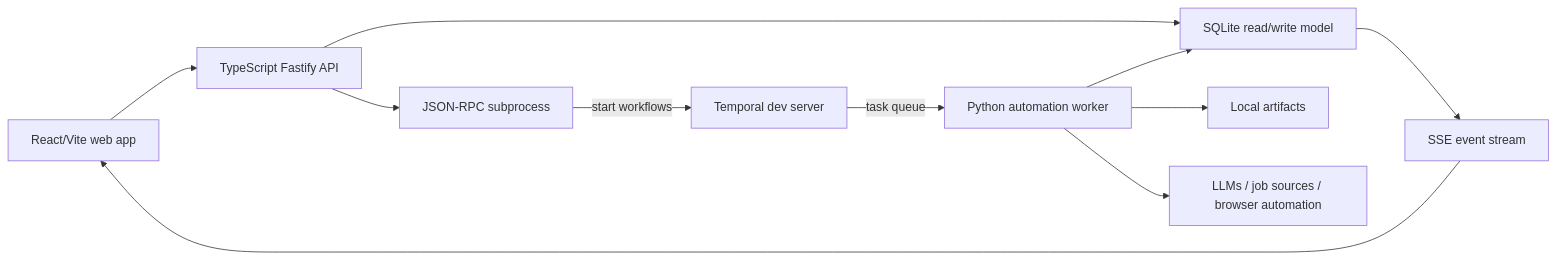
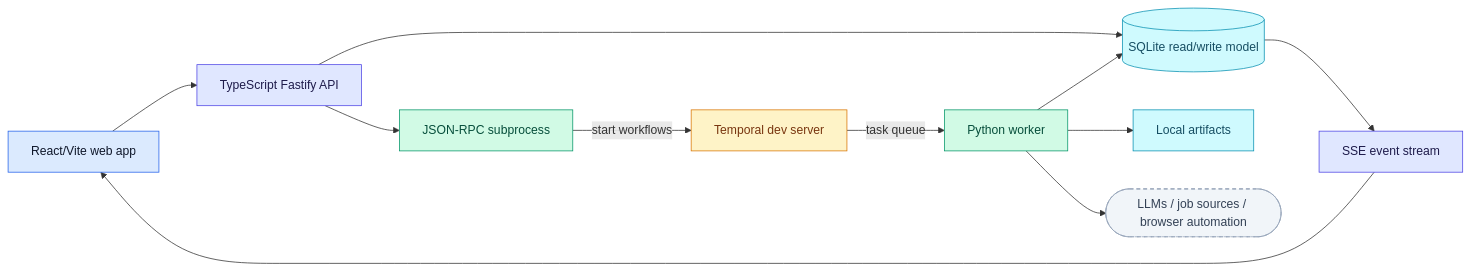
One commit to ebarti/JobCtrl changed the diagram in docs/developer/README.md. Above: the diagram before and after it, drawn with Mermaid. The commit also changed other lines of this file and 57 other files, not shown here.

````diff
--- a/docs/developer/README.md
+++ b/docs/developer/README.md
@@ -21,13 +33,26 @@
 ```mermaid
 flowchart LR
   Web["React/Vite web app"] --> Api["TypeScript Fastify API"]
-  Api --> Db["SQLite read/write model"]
+  Api --> Db[("SQLite read/write model")]
   Api --> Rpc["JSON-RPC subprocess"]
   Rpc -- "start workflows" --> Temporal["Temporal dev server"]
-  Temporal -- "task queue" --> Worker["Python automation worker"]
+  Temporal -- "task queue" --> Worker["Python worker"]
   Worker --> Db
   Worker --> Files["Local artifacts"]
-  Worker --> Providers["LLMs / job sources / browser automation"]
+  Worker --> Providers(["LLMs / job sources / browser automation"])
   Db --> Sse["SSE event stream"]
   Sse --> Web
+
+  classDef ui fill:#dbeafe,stroke:#2563eb,color:#0f172a
+  classDef ts fill:#e0e7ff,stroke:#4f46e5,color:#1e1b4b
+  classDef py fill:#d1fae5,stroke:#059669,color:#064e3b
+  classDef infra fill:#fef3c7,stroke:#d97706,color:#78350f
+  classDef store fill:#cffafe,stroke:#0891b2,color:#164e63
+  classDef ext fill:#f1f5f9,stroke:#94a3b8,color:#334155,stroke-dasharray:5 4
+  class Web ui
+  class Api,Sse ts
+  class Rpc,Worker py
+  class Temporal infra
+  class Db,Files store
+  class Providers ext
 ```
````
